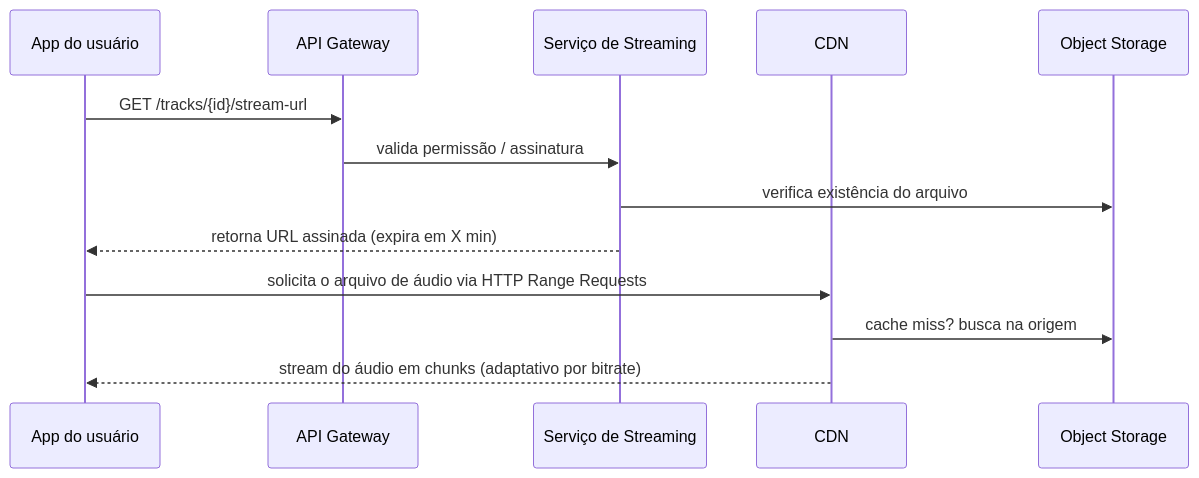
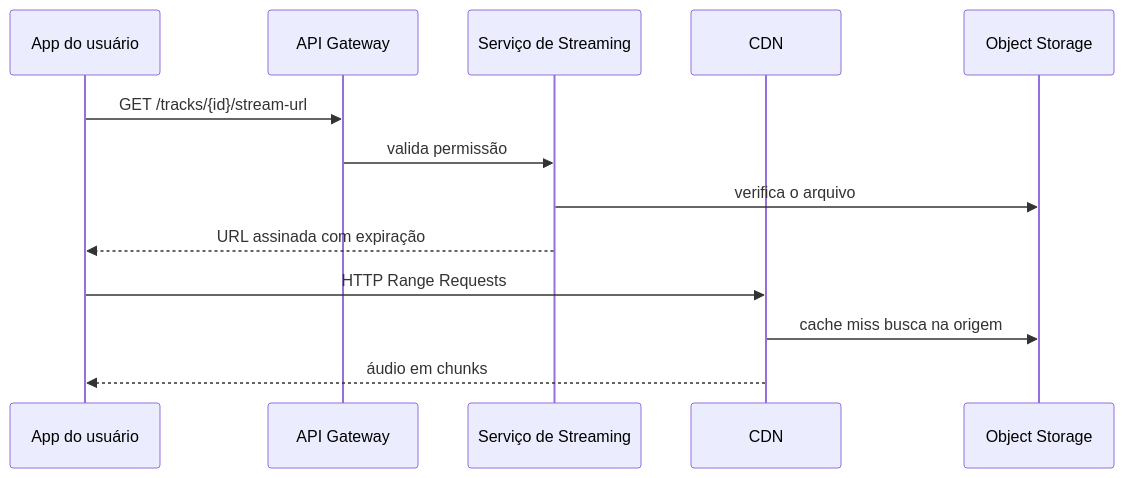
The third of 3 diagrams in README.md (gabrielteramae/arquitetando-spotify), drawn with Mermaid before and after one commit. The commit also changed other lines of this file, not shown here.

````diff
--- a/README.md
+++ b/README.md
@@ -185,16 +207,16 @@
 ```mermaid
 sequenceDiagram
     participant App as App do usuário
     participant GW as API Gateway
     participant Stream as Serviço de Streaming
     participant CDN as CDN
     participant S3 as Object Storage
 
     App->>GW: GET /tracks/{id}/stream-url
-    GW->>Stream: valida permissão / assinatura
-    Stream->>S3: verifica existência do arquivo
-    Stream-->>App: retorna URL assinada (expira em X min)
-    App->>CDN: solicita o arquivo de áudio via HTTP Range Requests
-    CDN->>S3: cache miss? busca na origem
-    CDN-->>App: stream do áudio em chunks (adaptativo por bitrate)
+    GW->>Stream: valida permissão
+    Stream->>S3: verifica o arquivo
+    Stream-->>App: URL assinada com expiração
+    App->>CDN: HTTP Range Requests
+    CDN->>S3: cache miss busca na origem
+    CDN-->>App: áudio em chunks
 ```
````
